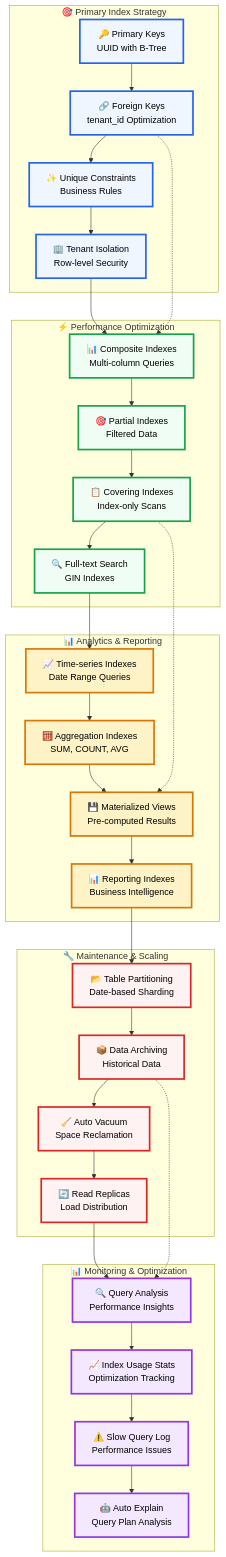
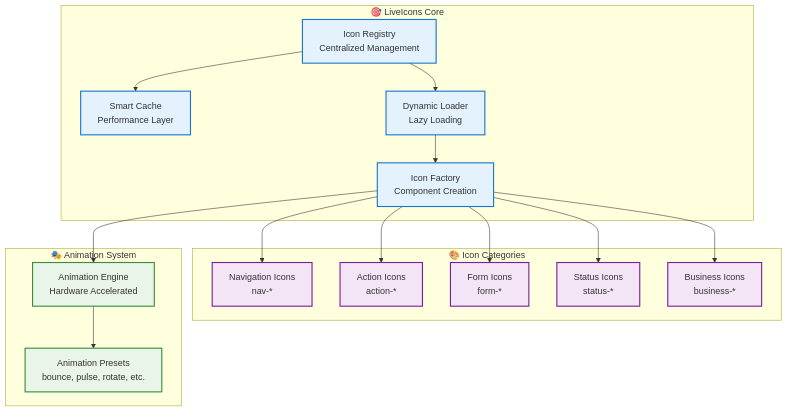
Before and after one commit to abdoElHodaky/larvaccountplatfo: the seventh of 9 diagrams in README.md, drawn with Mermaid. The commit also changed other lines of this file, not shown here.

First line of the commit message:
docs: Simplify complex diagrams and reduce README size by 43%

````diff
--- a/README.md
+++ b/README.md
@@ -780,81 +763,41 @@
 ```mermaid
 graph TB
-    subgraph "🎯 Primary Index Strategy"
-        PK[🔑 Primary Keys<br/>UUID with B-Tree]
-        FK[🔗 Foreign Keys<br/>tenant_id Optimization]
-        UNIQUE[✨ Unique Constraints<br/>Business Rules]
-        TENANT_ISOLATION[🏢 Tenant Isolation<br/>Row-level Security]
-        
-        PK --> FK
-        FK --> UNIQUE
-        UNIQUE --> TENANT_ISOLATION
+    subgraph "🎯 LiveIcons Core"
+        REGISTRY[Icon Registry<br/>Centralized Management]
+        CACHE[Smart Cache<br/>Performance Layer]
+        LOADER[Dynamic Loader<br/>Lazy Loading]
+        FACTORY[Icon Factory<br/>Component Creation]
     end
     
-    subgraph "⚡ Performance Optimization"
-        COMPOSITE[📊 Composite Indexes<br/>Multi-column Queries]
-        PARTIAL[🎯 Partial Indexes<br/>Filtered Data]
-        COVERING[📋 Covering Indexes<br/>Index-only Scans]
-        SEARCH[🔍 Full-text Search<br/>GIN Indexes]
-        
-        COMPOSITE --> PARTIAL
-        PARTIAL --> COVERING
-        COVERING --> SEARCH
+    subgraph "🎨 Icon Categories"
+        NAV[Navigation Icons<br/>nav-*]
+        ACTION[Action Icons<br/>action-*]
+        FORM[Form Icons<br/>form-*]
+        STATUS[Status Icons<br/>status-*]
+        BUSINESS[Business Icons<br/>business-*]
     end
     
-    subgraph "📊 Analytics & Reporting"
-        TIME_SERIES[📈 Time-series Indexes<br/>Date Range Queries]
-        AGGREGATION[🧮 Aggregation Indexes<br/>SUM, COUNT, AVG]
-        MATERIALIZED[💾 Materialized Views<br/>Pre-computed Results]
-        REPORTING[📊 Reporting Indexes<br/>Business Intelligence]
-        
-        TIME_SERIES --> AGGREGATION
-        AGGREGATION --> MATERIALIZED
-        MATERIALIZED --> REPORTING
+    subgraph "🎭 Animation System"
+        ANIMATIONS[Animation Engine<br/>Hardware Accelerated]
+        PRESETS[Animation Presets<br/>bounce, pulse, rotate, etc.]
     end
     
-    subgraph "🔧 Maintenance & Scaling"
-        PARTITIONING[📂 Table Partitioning<br/>Date-based Sharding]
-        ARCHIVING[📦 Data Archiving<br/>Historical Data]
-        VACUUM[🧹 Auto Vacuum<br/>Space Reclamation]
-        REPLICATION[🔄 Read Replicas<br/>Load Distribution]
-        
-        PARTITIONING --> ARCHIVING
-        ARCHIVING --> VACUUM
-        VACUUM --> REPLICATION
-    end
+    REGISTRY --> CACHE
+    REGISTRY --> LOADER
+    LOADER --> FACTORY
+    FACTORY --> NAV
+    FACTORY --> ACTION
+    FACTORY --> FORM
+    FACTORY --> STATUS
+    FACTORY --> BUSINESS
+    FACTORY --> ANIMATIONS
+    ANIMATIONS --> PRESETS
     
-    subgraph "📊 Monitoring & Optimization"
-        QUERY_ANALYSIS[🔍 Query Analysis<br/>Performance Insights]
-        INDEX_USAGE[📈 Index Usage Stats<br/>Optimization Tracking]
-        SLOW_QUERIES[⚠️ Slow Query Log<br/>Performance Issues]
-        AUTO_EXPLAIN[🤖 Auto Explain<br/>Query Plan Analysis]
-        
-        QUERY_ANALYSIS --> INDEX_USAGE
-        INDEX_USAGE --> SLOW_QUERIES
-        SLOW_QUERIES --> AUTO_EXPLAIN
-    end
+    classDef core fill:#e3f2fd,stroke:#1976d2,stroke-width:2px
+    classDef icons fill:#f3e5f5,stroke:#7b1fa2,stroke-width:2px
+    classDef animation fill:#e8f5e8,stroke:#388e3c,stroke-width:2px
     
-    %% Cross-layer Connections
-    TENANT_ISOLATION --> COMPOSITE
-    SEARCH --> TIME_SERIES
-    REPORTING --> PARTITIONING
-    REPLICATION --> QUERY_ANALYSIS
-    
-    %% Performance Flow
-    FK -.-> COMPOSITE
-    COVERING -.-> MATERIALIZED
-    ARCHIVING -.-> QUERY_ANALYSIS
-    
-    %% Styling
-    classDef primary fill:#eff6ff,stroke:#2563eb,stroke-width:3px,color:#000
-    classDef performance fill:#f0fdf4,stroke:#16a34a,stroke-width:3px,color:#000
-    classDef analytics fill:#fef3c7,stroke:#d97706,stroke-width:3px,color:#000
-    classDef maintenance fill:#fef2f2,stroke:#dc2626,stroke-width:3px,color:#000
-    classDef monitoring fill:#f3e8ff,stroke:#9333ea,stroke-width:3px,color:#000
-    
-    class PK,FK,UNIQUE,TENANT_ISOLATION primary
-    class COMPOSITE,PARTIAL,COVERING,SEARCH performance
-    class TIME_SERIES,AGGREGATION,MATERIALIZED,REPORTING analytics
-    class PARTITIONING,ARCHIVING,VACUUM,REPLICATION maintenance
-    class QUERY_ANALYSIS,INDEX_USAGE,SLOW_QUERIES,AUTO_EXPLAIN monitoring
+    class REGISTRY,CACHE,LOADER,FACTORY core
+    class NAV,ACTION,FORM,STATUS,BUSINESS icons
+    class ANIMATIONS,PRESETS animation
 ```
````
